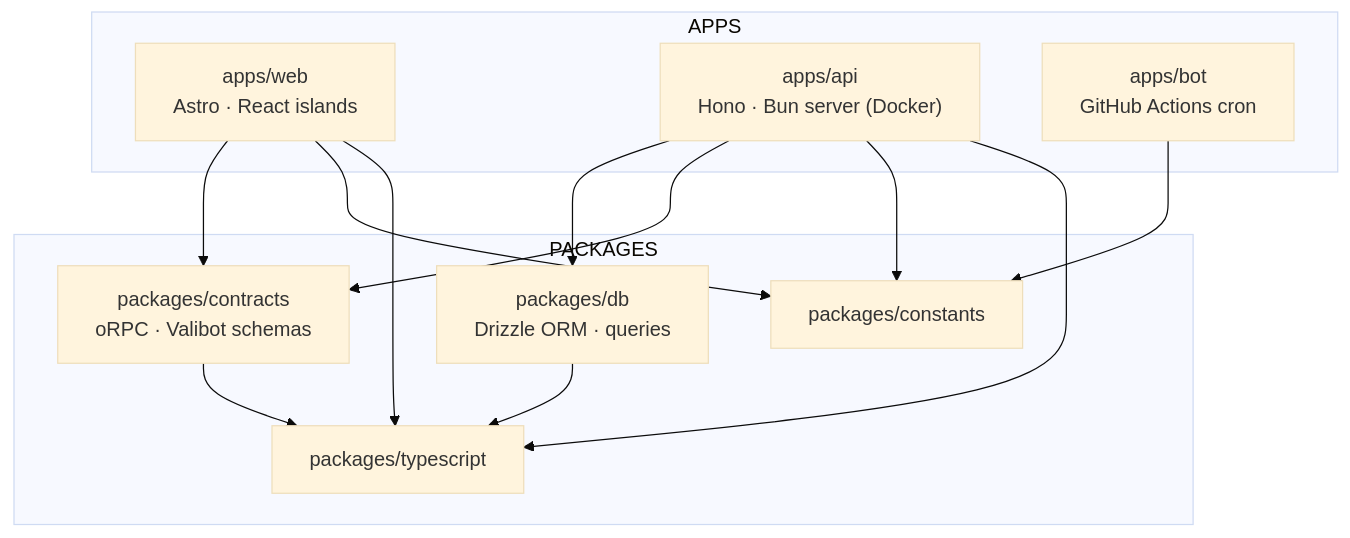
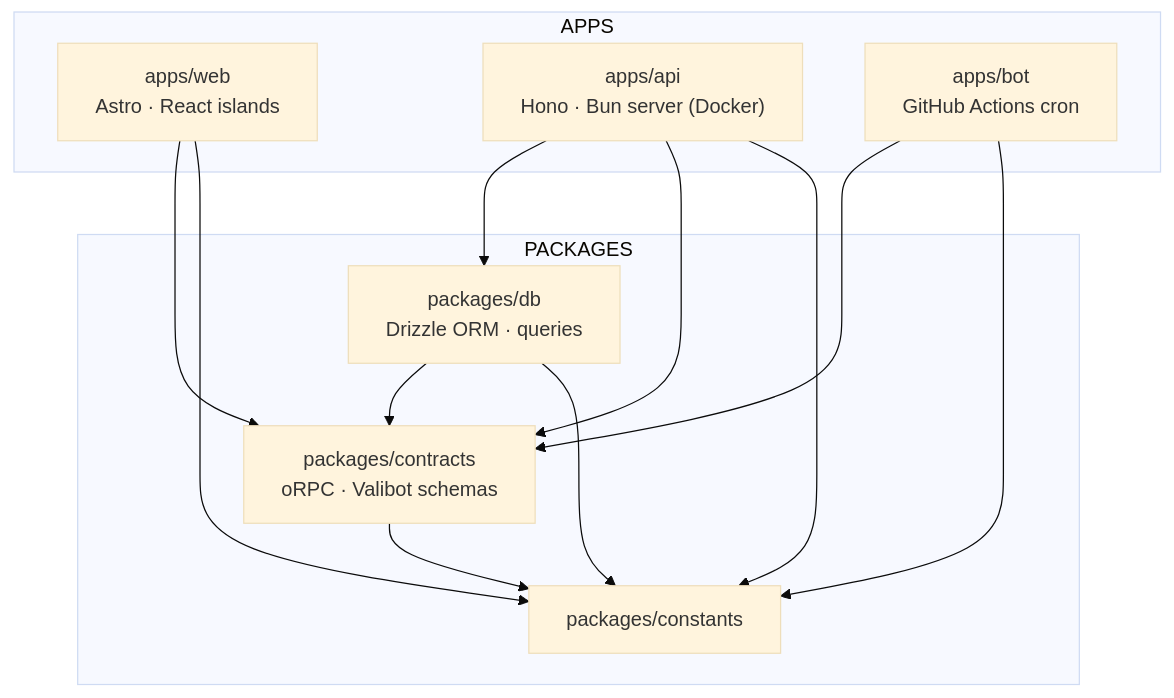
The first of 2 diagrams in README.md (Klomgor/qafiyah), drawn with Mermaid (base theme) before and after one commit. The commit also changed other lines of this file, not shown here.

Commit message:
docs(readme): correct package-dependency graph to real imports
Add missing bot/db/contracts edges; drop the typescript node (extended via tsconfig, not imported).

````diff
--- a/README.md
+++ b/README.md
@@ -163,19 +163,18 @@
 ```mermaid
 graph TD
   subgraph APPS
     WEB["apps/web\nAstro · React islands"]
     API["apps/api\nHono · Bun server (Docker)"]
     BOT["apps/bot\nGitHub Actions cron"]
   end
   subgraph PACKAGES
     DB["packages/db\nDrizzle ORM · queries"]
     CONTRACTS["packages/contracts\noRPC · Valibot schemas"]
     CONSTANTS["packages/constants"]
-    TS["packages/typescript"]
   end
-  WEB --> CONTRACTS & CONSTANTS & TS
-  API --> DB & CONTRACTS & CONSTANTS & TS
-  BOT --> CONSTANTS
-  DB --> TS
-  CONTRACTS --> TS
+  WEB --> CONTRACTS & CONSTANTS
+  API --> DB & CONTRACTS & CONSTANTS
+  BOT --> CONTRACTS & CONSTANTS
+  DB --> CONTRACTS & CONSTANTS
+  CONTRACTS --> CONSTANTS
 ```
````
